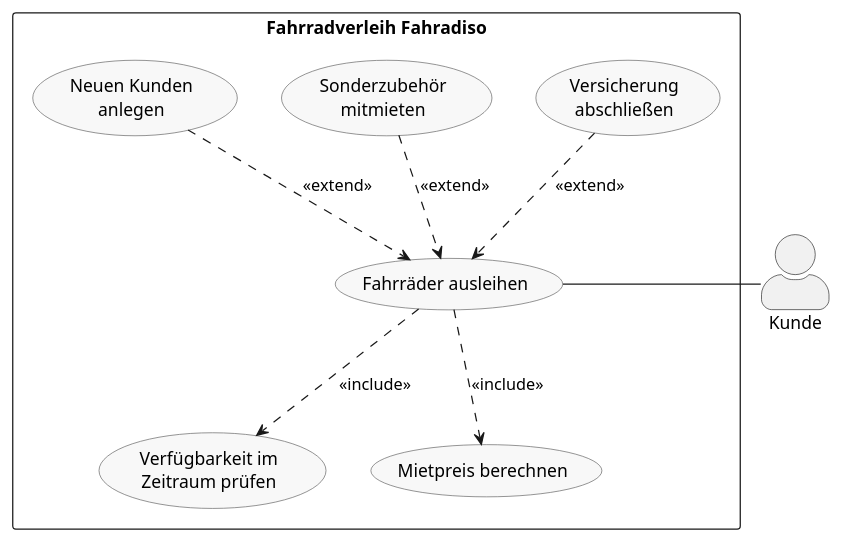
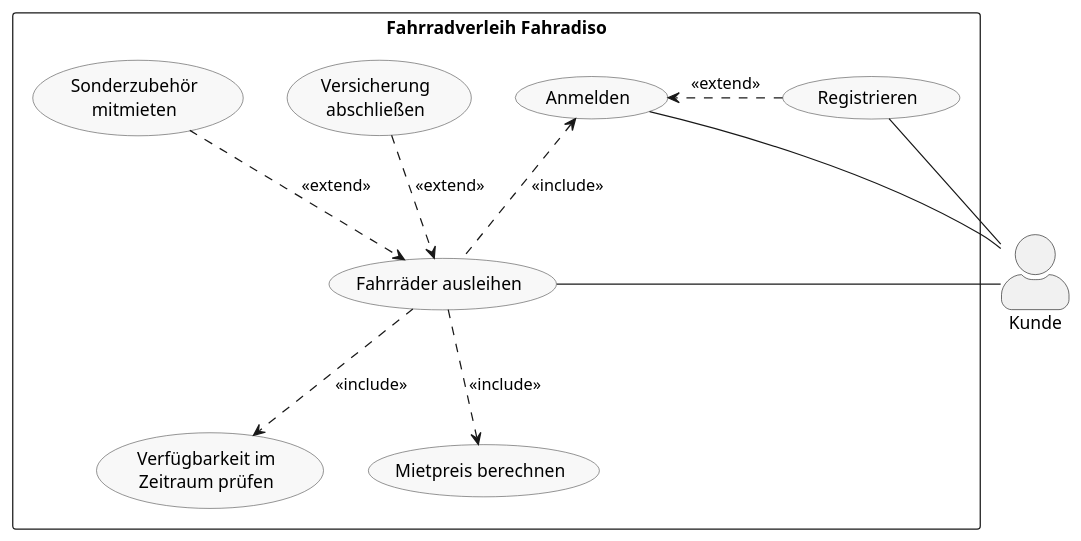
Before and after one commit to ihsanaliakbar/Fahrradiso_phpProject: the diagram in usecase.puml, drawn with PlantUML. The commit also changed 1 other file, not shown here.

Commit message:
Use-Case-Diagramm: Anmelden und Registrieren ergaenzt

```diff
--- a/usecase.puml
+++ b/usecase.puml
@@ -1,35 +1,42 @@
 @startuml usecase
-' Use-Case-Diagramm Fahrradverleih Fahradiso: Fahrräder ausleihen (Teil B)
+' Use-Case-Diagramm Fahrradverleih Fahradiso: Fahrräder ausleihen (Teil B) mit Login
 skinparam packageStyle rectangle
 skinparam actorStyle awesome
 skinparam usecase {
     BackgroundColor #F8F8F8
     BorderColor #555555
 }
 
 rectangle "Fahrradverleih Fahradiso" {
+    usecase "Registrieren" as UC7
+    usecase "Anmelden" as UC8
+
     usecase "Versicherung\nabschließen" as UC6
     usecase "Sonderzubehör\nmitmieten" as UC5
-    usecase "Neuen Kunden\nanlegen" as UC4
 
     usecase "Fahrräder ausleihen" as UC1
 
     usecase "Verfügbarkeit im\nZeitraum prüfen" as UC2
     usecase "Mietpreis berechnen" as UC3
 }
 
 actor "Kunde" as kunde
 
-' Akteur (Linie ohne Pfeilspitze)
-UC1 -right- kunde
+' Akteur (Linien ohne Pfeilspitze)
+kunde -left- UC1
+kunde -left- UC8
+kunde -left- UC7
 
-' Optionale Erweiterungen oberhalb
+' Anmeldung ist Voraussetzung, Registrierung nur bei fehlendem Konto
+UC1 .up.> UC8 : <<include>>
+UC7 .right.> UC8 : <<extend>>
+
+' Optionale Erweiterungen
 UC6 .down.> UC1 : <<extend>>
 UC5 .down.> UC1 : <<extend>>
-UC4 .down.> UC1 : <<extend>>
 
-' Pflichtbestandteile unterhalb
+' Pflichtbestandteile
 UC1 .down.> UC2 : <<include>>
 UC1 .down.> UC3 : <<include>>
 
 @enduml
```
